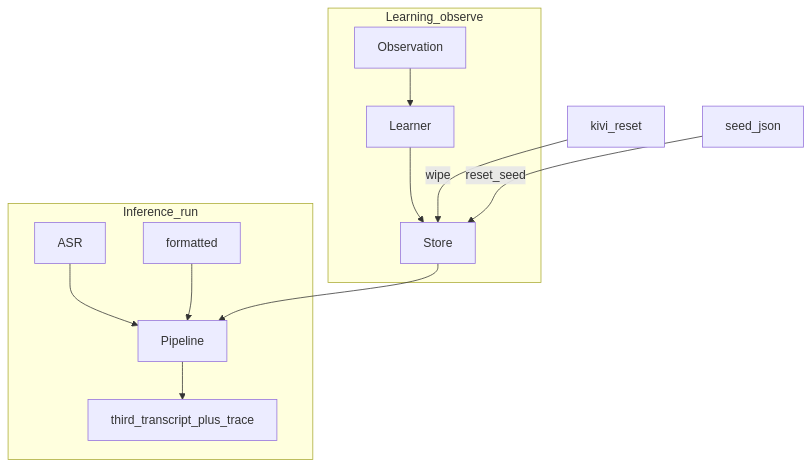
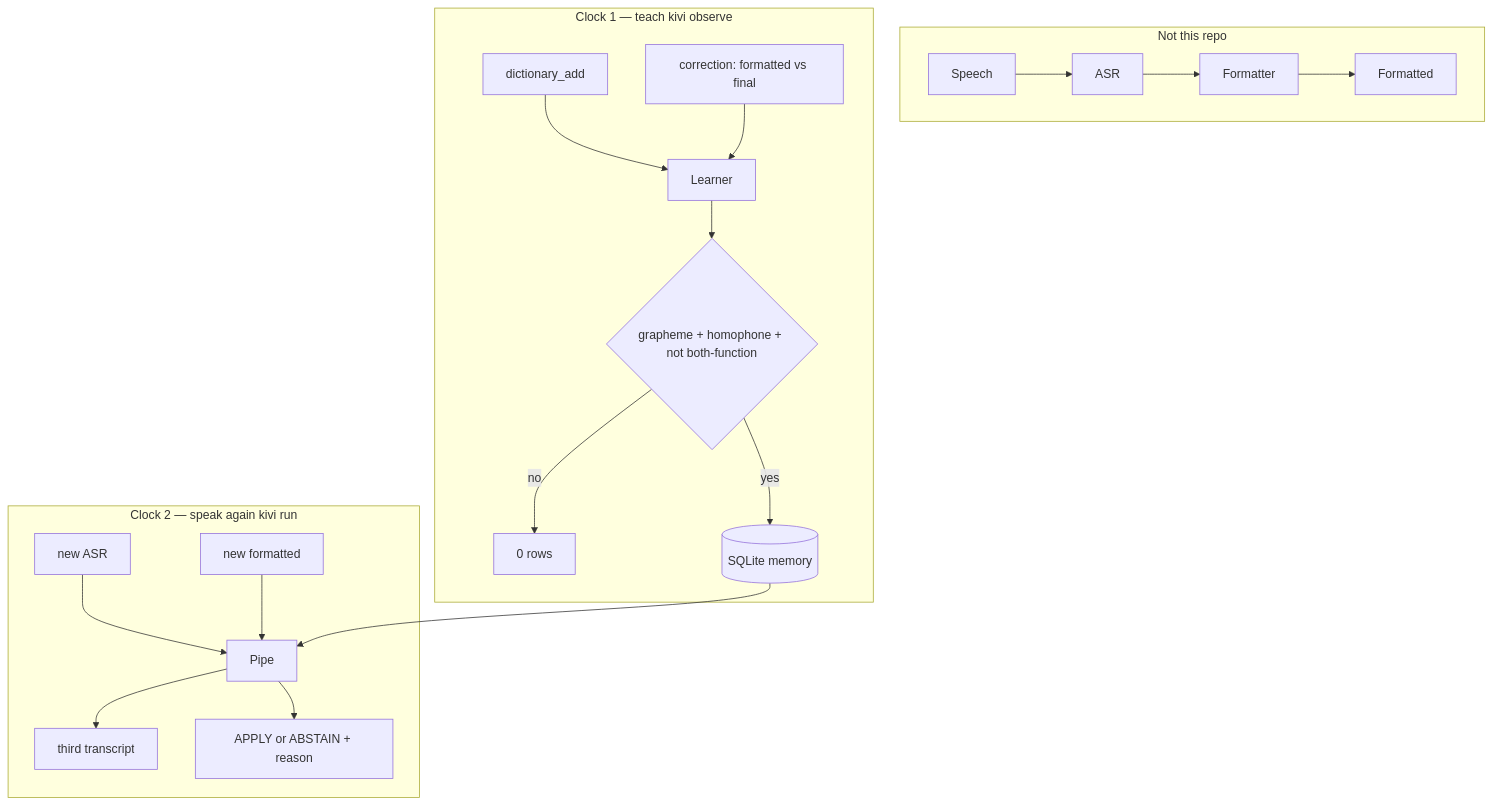
The first of 6 diagrams in README.md (Akshit11318/kivi-memory-backend-akshit), drawn with Mermaid before and after one commit. The commit also changed other lines of this file and 98 other files, not shown here.

````diff
--- a/README.md
+++ b/README.md
@@ -73,17 +51,24 @@
 ```mermaid
 flowchart TB
-  subgraph learn [Learning_observe]
-    Obs[Observation] --> Learner
-    Learner --> Store
+  subgraph outside [Not this repo]
+    Speech --> ASR
+    ASR --> Formatter
+    Formatter --> Formatted
   end
 
-  subgraph infer [Inference_run]
-    AsrIn[ASR] --> Pipeline
-    FmtIn[formatted] --> Pipeline
-    Store --> Pipeline
-    Pipeline --> Out[third_transcript_plus_trace]
+  subgraph clock1 [Clock 1 — teach  kivi observe]
+    Dict[dictionary_add] --> Learner
+    Corr[correction: formatted vs final] --> Learner
+    Learner --> Gate{grapheme + homophone + not both-function}
+    Gate -->|no| Skip[0 rows]
+    Gate -->|yes| Row[(SQLite memory)]
   end
 
-  Reset[kivi_reset] -->|wipe| Store
-  Seed[seed_json] -->|reset_seed| Store
+  subgraph clock2 [Clock 2 — speak again  kivi run]
+    ASR2[new ASR] --> Pipe
+    Formatted2[new formatted] --> Pipe
+    Row --> Pipe
+    Pipe --> Third[third transcript]
+    Pipe --> Why[APPLY or ABSTAIN + reason]
+  end
 ```
````
